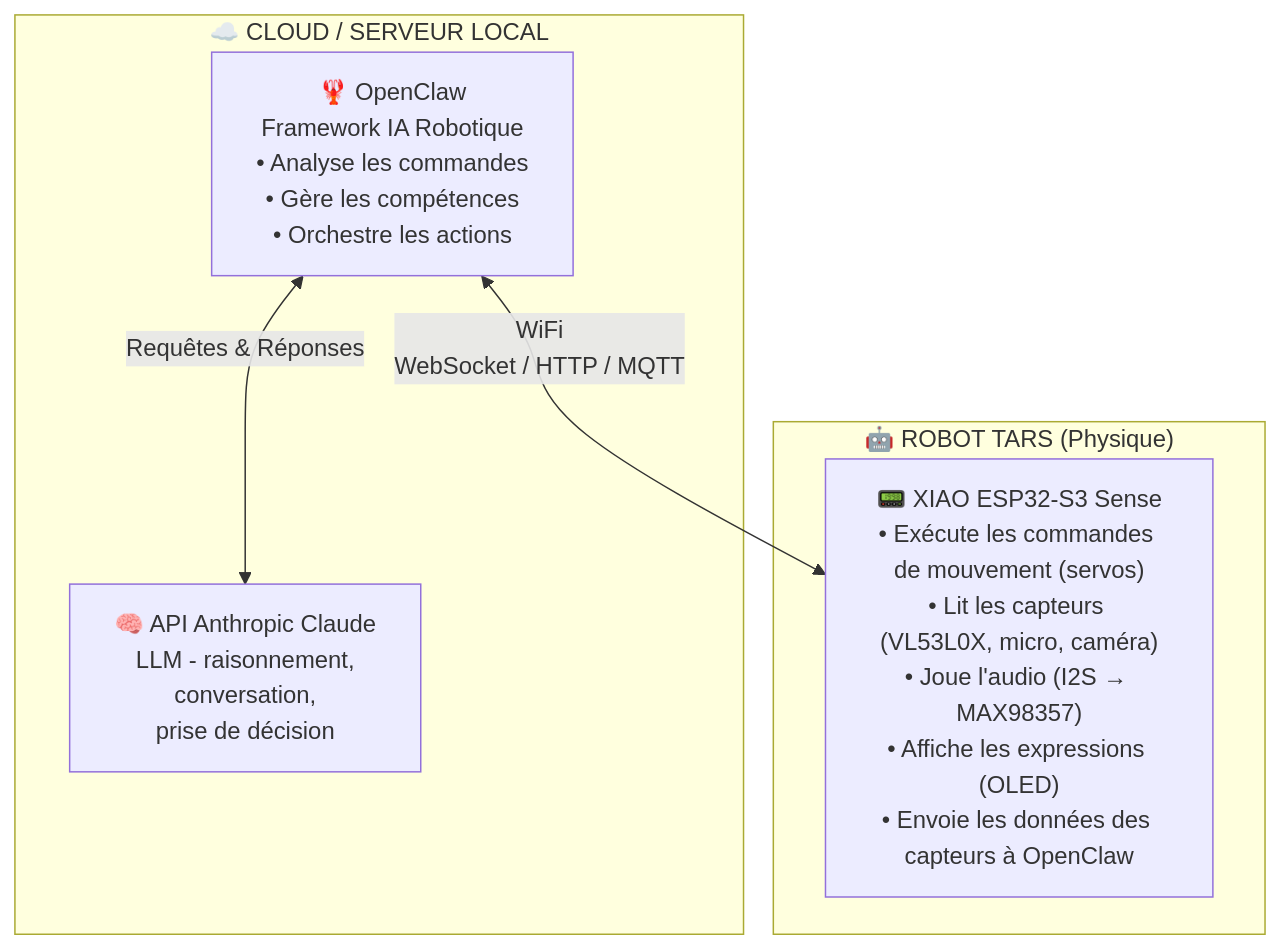
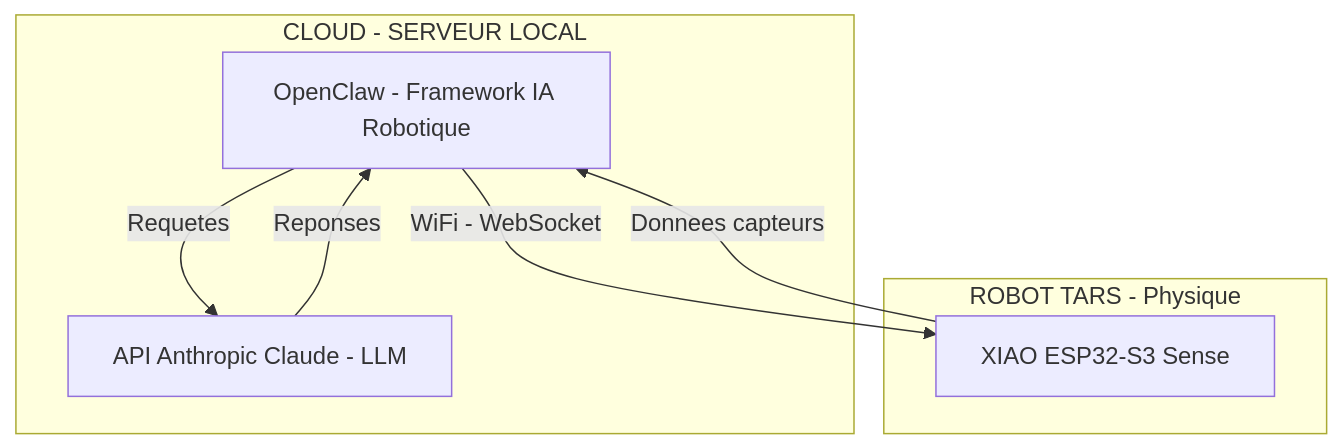
One commit to zabbix-byte/real-tars changed the first of 8 diagrams in TARS_Robot_Build_FR.md. Above: the diagram before and after it, drawn with Mermaid. The commit also changed other lines of this file and 2 other files, not shown here.

Commit message:
refactor: update architecture diagrams and component descriptions in README files

````diff
--- a/TARS_Robot_Build_FR.md
+++ b/TARS_Robot_Build_FR.md
@@ -40,14 +40,16 @@
 ```mermaid
 graph TB
-    subgraph CLOUD["☁️ CLOUD / SERVEUR LOCAL"]
-        OC["🦞 OpenClaw<br/>Framework IA Robotique<br/>• Analyse les commandes<br/>• Gère les compétences<br/>• Orchestre les actions"]
-        CL["🧠 API Anthropic Claude<br/>LLM - raisonnement,<br/>conversation,<br/>prise de décision"]
-        OC <-->|"Requêtes & Réponses"| CL
+    subgraph CLOUD["CLOUD - SERVEUR LOCAL"]
+        OC["OpenClaw - Framework IA Robotique"]
+        CL["API Anthropic Claude - LLM"]
+        OC -->|"Requetes"| CL
+        CL -->|"Reponses"| OC
     end
 
-    subgraph ROBOT["🤖 ROBOT TARS (Physique)"]
-        ESP["📟 XIAO ESP32-S3 Sense<br/>• Exécute les commandes de mouvement (servos)<br/>• Lit les capteurs (VL53L0X, micro, caméra)<br/>• Joue l'audio (I2S → MAX98357)<br/>• Affiche les expressions (OLED)<br/>• Envoie les données des capteurs à OpenClaw"]
+    subgraph ROBOT["ROBOT TARS - Physique"]
+        ESP["XIAO ESP32-S3 Sense"]
     end
 
-    OC <-->|"WiFi<br/>WebSocket / HTTP / MQTT"| ESP
+    OC -->|"WiFi - WebSocket"| ESP
+    ESP -->|"Donnees capteurs"| OC
 ```
````
